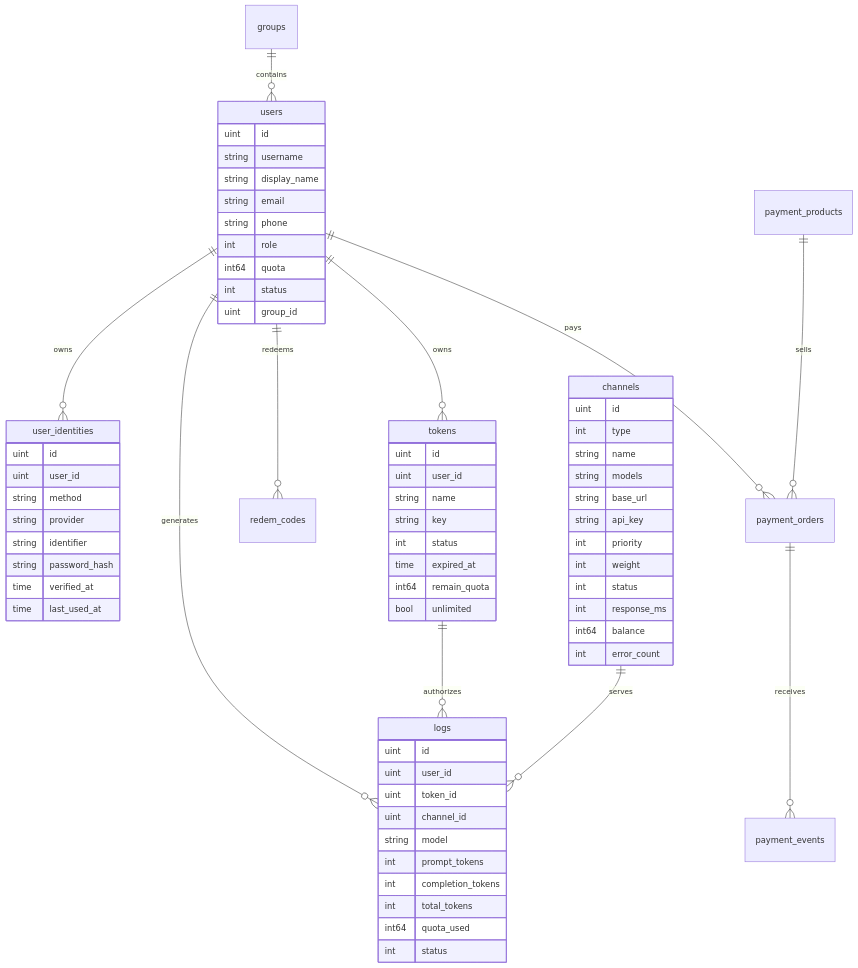
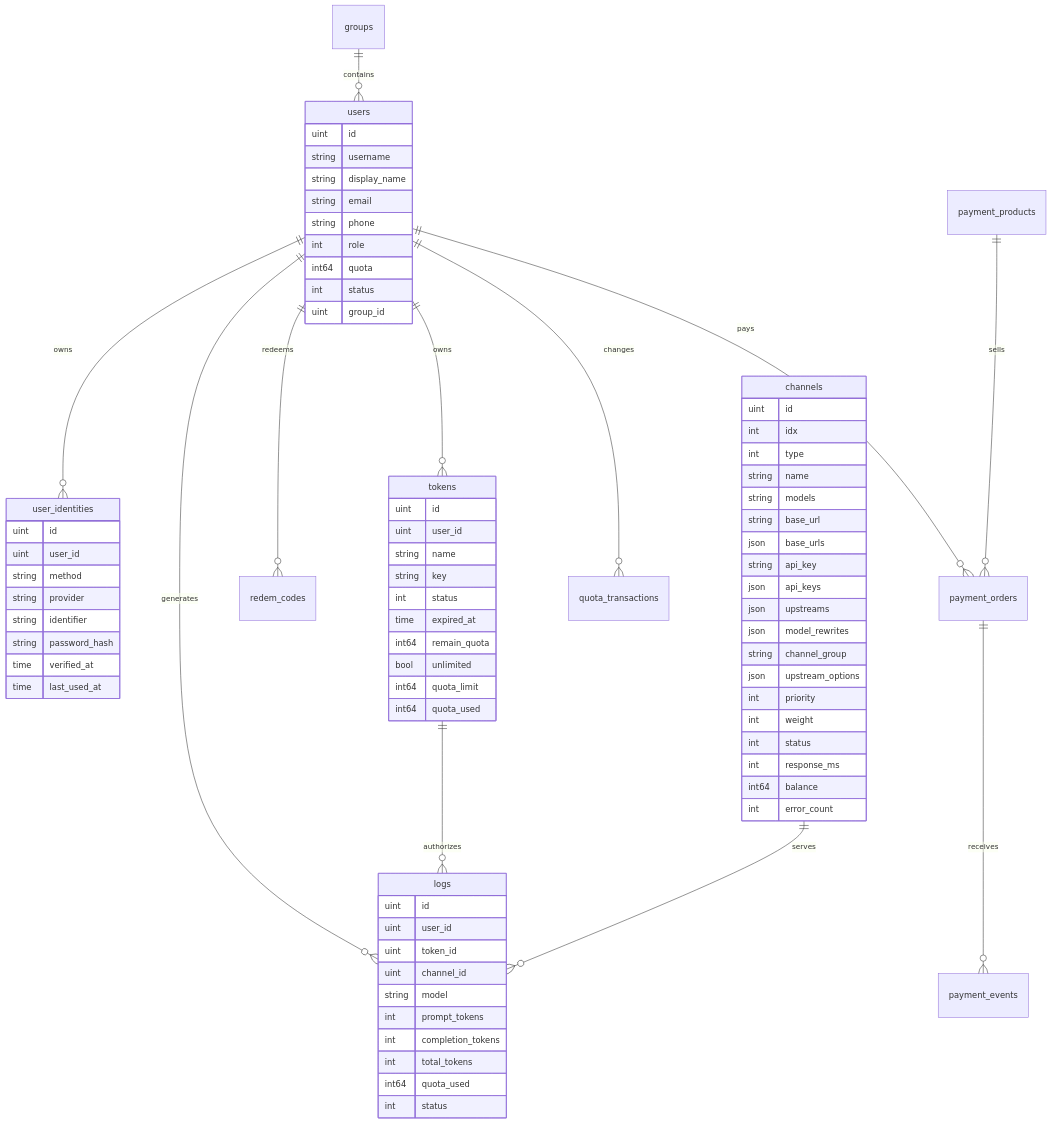
One commit to jellyfish-p/RouterX changed the diagram in docs/DATA_MODEL.md. Above: the diagram before and after it, drawn with Mermaid. The commit also changed other lines of this file and 32 other files, not shown here.

```diff
--- a/docs/DATA_MODEL.md
+++ b/docs/DATA_MODEL.md
@@ -22,6 +24,7 @@
     users ||--o{ logs : generates
     users ||--o{ redem_codes : redeems
     users ||--o{ payment_orders : pays
+    users ||--o{ quota_transactions : changes
     tokens ||--o{ logs : authorizes
     channels ||--o{ logs : serves
     payment_products ||--o{ payment_orders : sells
@@ -59,15 +62,24 @@
         time expired_at
         int64 remain_quota
         bool unlimited
+        int64 quota_limit
+        int64 quota_used
     }
 
     channels {
         uint id
+        int idx
         int type
         string name
         string models
         string base_url
+        json base_urls
         string api_key
+        json api_keys
+        json upstreams
+        json model_rewrites
+        string channel_group
+        json upstream_options
         int priority
         int weight
         int status
```
